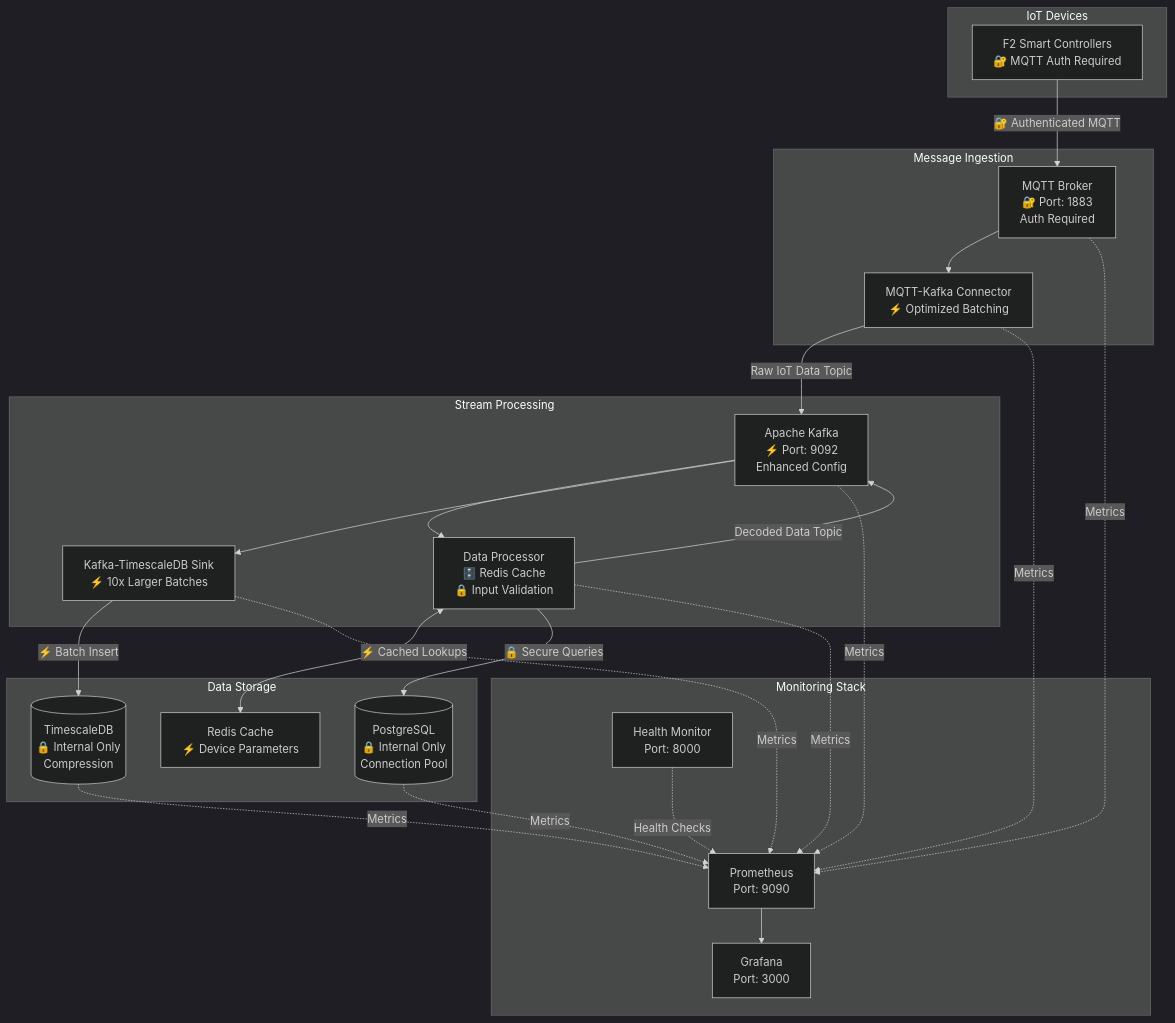
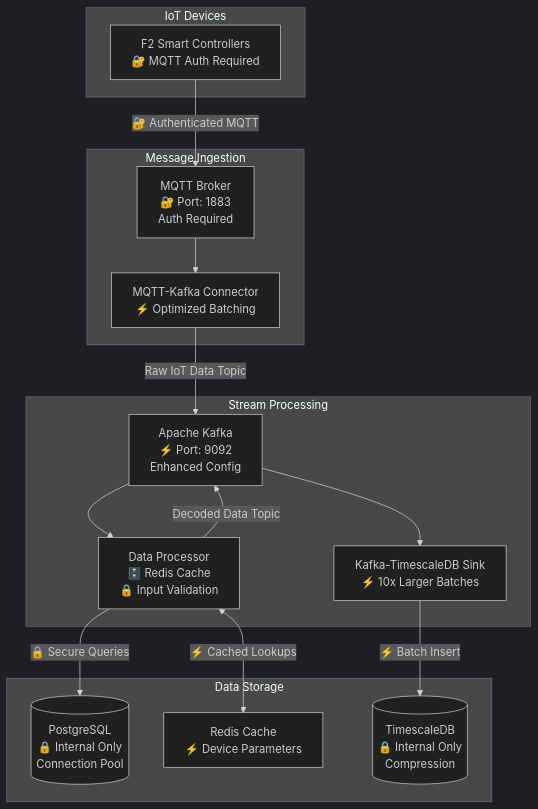
The diagram in README.md (amoyavt/POC_MQTT), drawn with Mermaid (dark theme) before and after one commit. The commit also changed other lines of this file and 31 other files, not shown here.

````diff
--- a/README.md
+++ b/README.md
@@ -37,53 +23,36 @@
 ```mermaid
 graph TB
     subgraph "IoT Devices"
         A[F2 Smart Controllers<br/>🔐 MQTT Auth Required]
     end
     
     subgraph "Message Ingestion"
         B[MQTT Broker<br/>🔐 Port: 1883<br/>Auth Required]
         C[MQTT-Kafka Connector<br/>⚡ Optimized Batching]
     end
     
     subgraph "Stream Processing"
         D[Apache Kafka<br/>⚡ Port: 9092<br/>Enhanced Config]
         E[Data Processor<br/>🗄️ Redis Cache<br/>🔒 Input Validation]
         F[Kafka-TimescaleDB Sink<br/>⚡ 10x Larger Batches]
     end
     
     subgraph "Data Storage"
         G[(PostgreSQL<br/>🔒 Internal Only<br/>Connection Pool)]
+        R[Redis Cache<br/>⚡ Device Parameters]
         H[(TimescaleDB<br/>🔒 Internal Only<br/>Compression)]
-        R[Redis Cache<br/>⚡ Device Parameters]
-    end
-    
-    subgraph "Monitoring Stack"
-        I[Prometheus<br/>Port: 9090]
-        J[Grafana<br/>Port: 3000]
-        K[Health Monitor<br/>Port: 8000]
     end
     
     A -->|🔐 Authenticated MQTT| B
     B --> C
     C -->|Raw IoT Data Topic| D
     D --> E
     E <-->|⚡ Cached Lookups| R
     E -->|🔒 Secure Queries| G
     E -->|Decoded Data Topic| D
     D --> F
     F -->|⚡ Batch Insert| H
     
-    B -.->|Metrics| I
-    C -.->|Metrics| I
-    D -.->|Metrics| I
-    E -.->|Metrics| I
-    F -.->|Metrics| I
-    G -.->|Metrics| I
-    H -.->|Metrics| I
-    K -.->|Health Checks| I
-    I --> J
-    
     class A,B,E,G,H security
     class C,D,F,R performance
-    class I,J,K standard
 ```
````
